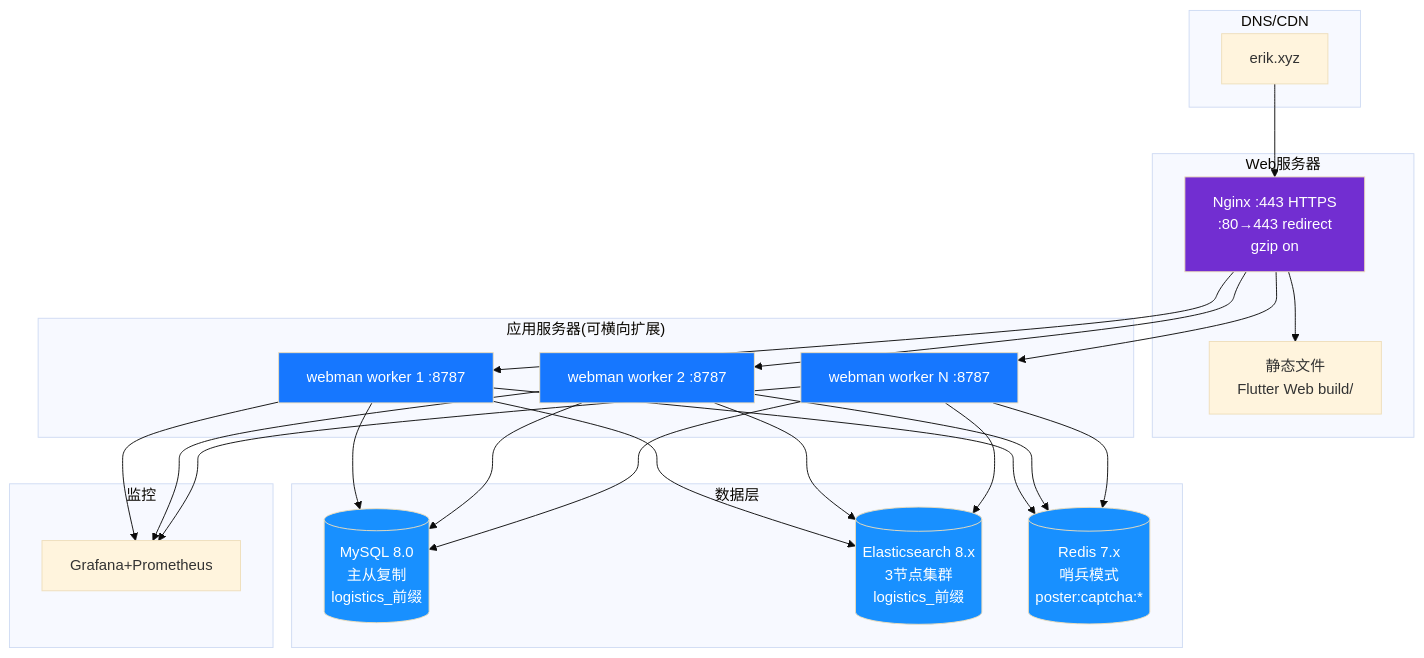
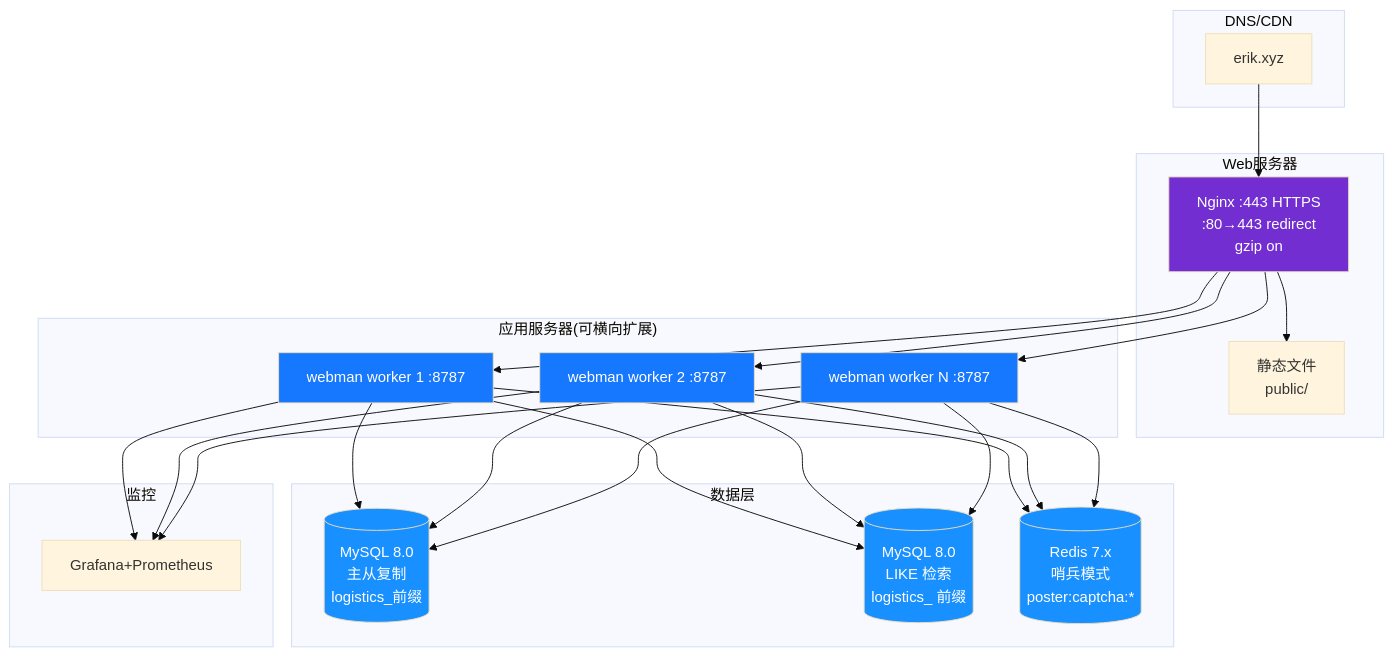
The diagram in admin/docs/diagrams/12-deployment.md (erikwang2013/integrated-global-logistics), drawn with Mermaid (base theme) before and after one commit. The commit also changed 361 other files, not shown here.

Commit message:
文档：仅保留中英文 README，清理已移除功能与过时图片

````diff
--- a/admin/docs/diagrams/12-deployment.md
+++ b/admin/docs/diagrams/12-deployment.md
@@ -3,45 +3,45 @@
 ```mermaid
 flowchart TB
     subgraph dns["DNS/CDN"]
         domain["erik.xyz"]
     end
 
     subgraph web["Web服务器"]
         nginx["Nginx :443 HTTPS<br/>:80→443 redirect<br/>gzip on"]
-        static["静态文件<br/>Flutter Web build/"]
+        static["静态文件<br/>public/"]
     end
 
     subgraph app["应用服务器(可横向扩展)"]
         wm1["webman worker 1 :8787"]
         wm2["webman worker 2 :8787"]
         wm3["webman worker N :8787"]
     end
 
     subgraph data["数据层"]
         mysql[("MySQL 8.0<br/>主从复制<br/>logistics_前缀")]
-        es[("Elasticsearch 8.x<br/>3节点集群<br/>logistics_前缀")]
+        es[("MySQL 8.0<br/>LIKE 检索<br/>logistics_ 前缀")]
         redis[("Redis 7.x<br/>哨兵模式<br/>poster:captcha:*")]
     end
 
     subgraph monitor["监控"]
         grafana["Grafana+Prometheus"]
     end
 
     domain --> nginx
     nginx --> static
     nginx --> wm1
     nginx --> wm2
     nginx --> wm3
     wm1 & wm2 & wm3 --> mysql
     wm1 & wm2 & wm3 --> es
     wm1 & wm2 & wm3 --> redis
     wm1 & wm2 & wm3 --> grafana
 
     style nginx fill:#722ED1,color:#fff
     style wm1 fill:#1677FF,color:#fff
     style wm2 fill:#1677FF,color:#fff
     style wm3 fill:#1677FF,color:#fff
     style mysql fill:#1890FF,color:#fff
     style es fill:#1890FF,color:#fff
     style redis fill:#1890FF,color:#fff
 ```
````
